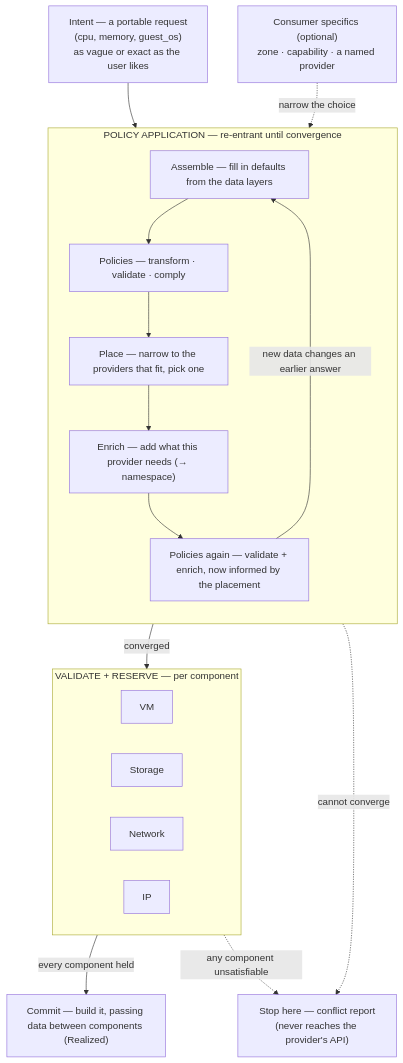
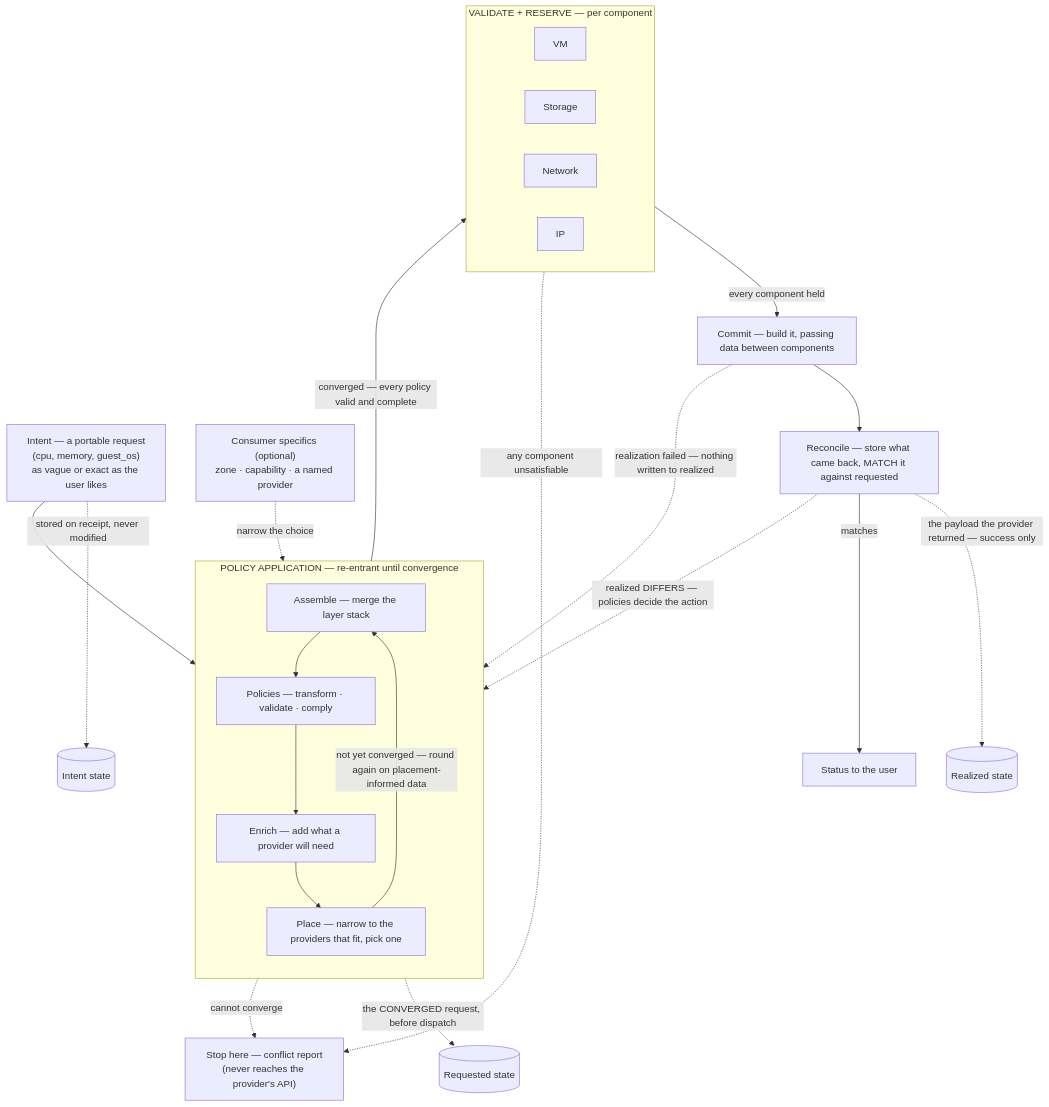
Before and after one commit to croadfeldt/udlm: the diagram in docs/flows/request-realization.md, drawn with Mermaid. The commit also changed other lines of this file and 2 other files, not shown here.

First line of the commit message:
docs(flows): the loop is assemble/validate/enrich/PLACE; three stores; policy engaged three times

````diff
--- a/docs/flows/request-realization.md
+++ b/docs/flows/request-realization.md
@@ -34,27 +34,34 @@
 ```mermaid
 flowchart TD
   I["Intent — a portable request<br/>(cpu, memory, guest_os)<br/>as vague or exact as the user likes"] --> CONV
   CC["Consumer specifics (optional)<br/>zone · capability · a named provider"] -.->|narrow the choice| CONV
 
   subgraph CONV["POLICY APPLICATION — re-entrant until convergence"]
     direction TB
-    A["Assemble — fill in defaults from the data layers"]
+    A["Assemble — merge the layer stack"]
     A --> PO["Policies — transform · validate · comply"]
-    PO --> P["Place — narrow to the providers that fit, pick one"]
-    P --> E["Enrich — add what this provider needs (→ namespace)"]
-    E --> PO2["Policies again — validate + enrich, now informed by the placement"]
-    PO2 -->|"new data changes an earlier answer"| A
+    PO --> E["Enrich — add what a provider will need"]
+    E --> P["Place — narrow to the providers that fit, pick one"]
+    P -->|"not yet converged — round again on placement-informed data"| A
   end
 
-  CONV -->|"converged"| R
+  I -.->|"stored on receipt, never modified"| DI[("Intent state")]
+  CONV -.->|"the CONVERGED request, before dispatch"| DR[("Requested state")]
+
+  CONV -->|"converged — every policy valid and complete"| R
   subgraph R["VALIDATE + RESERVE — per component"]
     direction LR
     RV["VM"]
     RS["Storage"]
     RN["Network"]
     RI["IP"]
   end
-  R -->|"every component held"| C["Commit — build it, passing data between components (Realized)"]
+  R -->|"every component held"| C["Commit — build it, passing data between components"]
+  C --> RC["Reconcile — store what came back, MATCH it against requested"]
+  RC -.->|"the payload the provider returned — success only"| DZ[("Realized state")]
+  RC -->|"matches"| U["Status to the user"]
+  RC -.->|"realized DIFFERS — policies decide the action"| CONV
+  C -. "realization failed — nothing written to realized" .-> CONV
   CONV -. "cannot converge" .-> F["Stop here — conflict report<br/>(never reaches the provider's API)"]
   R -. "any component unsatisfiable" .-> F
 ```
````
